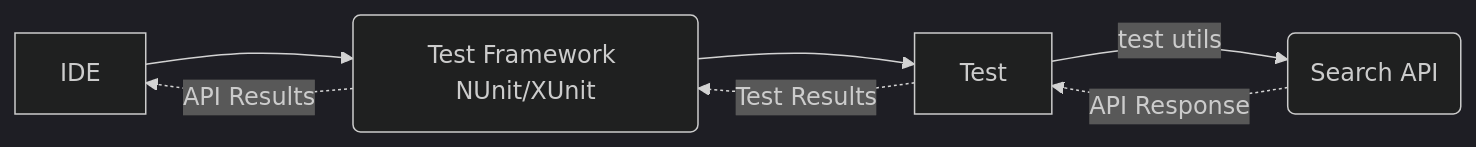
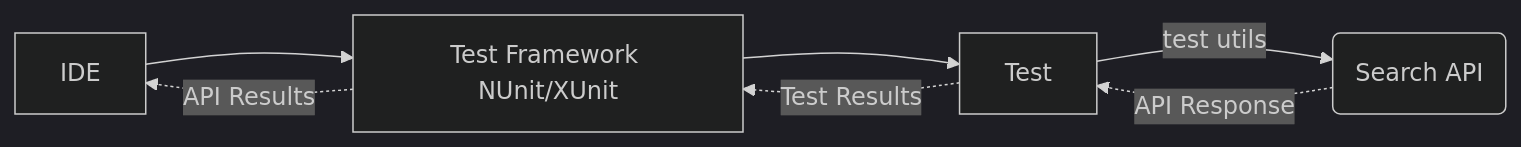
Before and after one commit to freemansoft/SimpleWebUITestEnvironment: the third of 5 diagrams in README.md, drawn with Mermaid (dark theme). The commit also changed other lines of this file, not shown here.

Commit message:
minor graph formatting

````diff
--- a/README.md
+++ b/README.md
@@ -90,8 +90,8 @@
 ```mermaid
 graph LR
-    IDE --> TestFramework(Test Framework NUnit/XUnit) --> Test -->|test utils| Search(Search API);
-    Search -.->|API Response| Test ;
+    IDE --> TestFramework[Test Framework NUnit/XUnit] --> Test -->|test utils| SearchApi(Search API);
+    SearchApi -.->|API Response| Test ;
     Test -.->|Test Results| TestFramework;
     TestFramework -.->|API Results| IDE;
 
 ```
````
